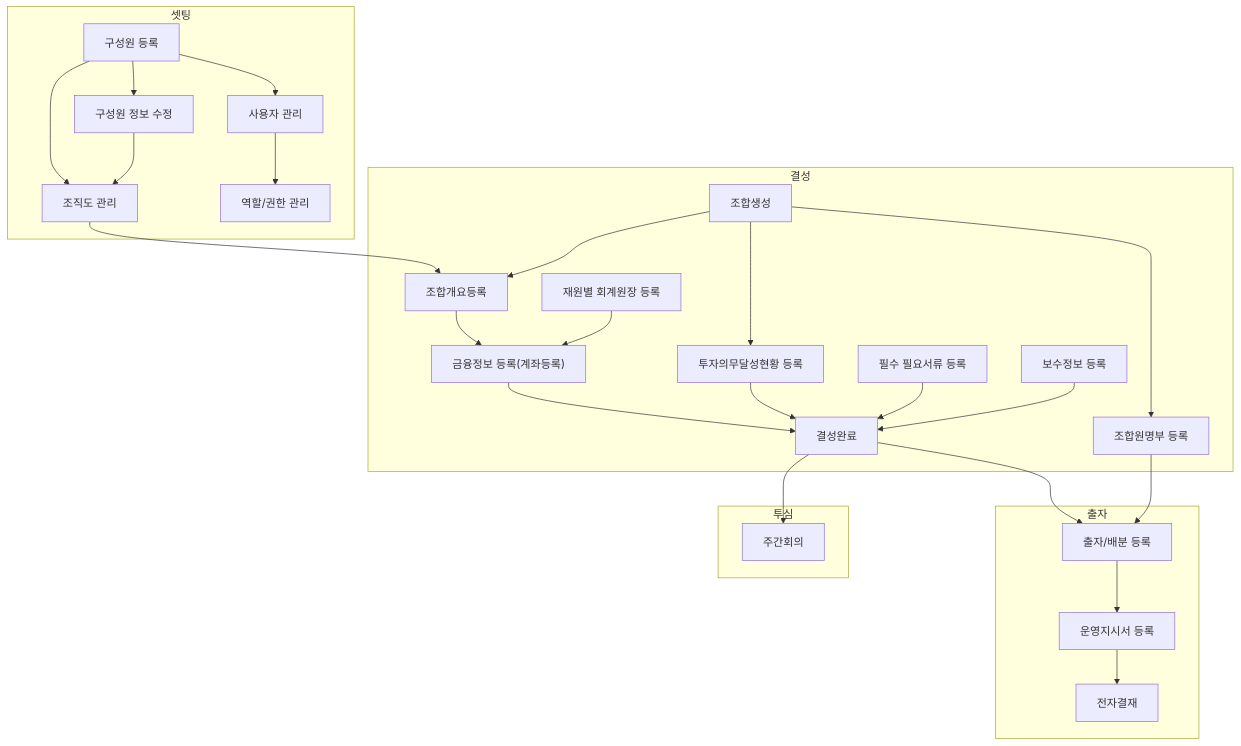
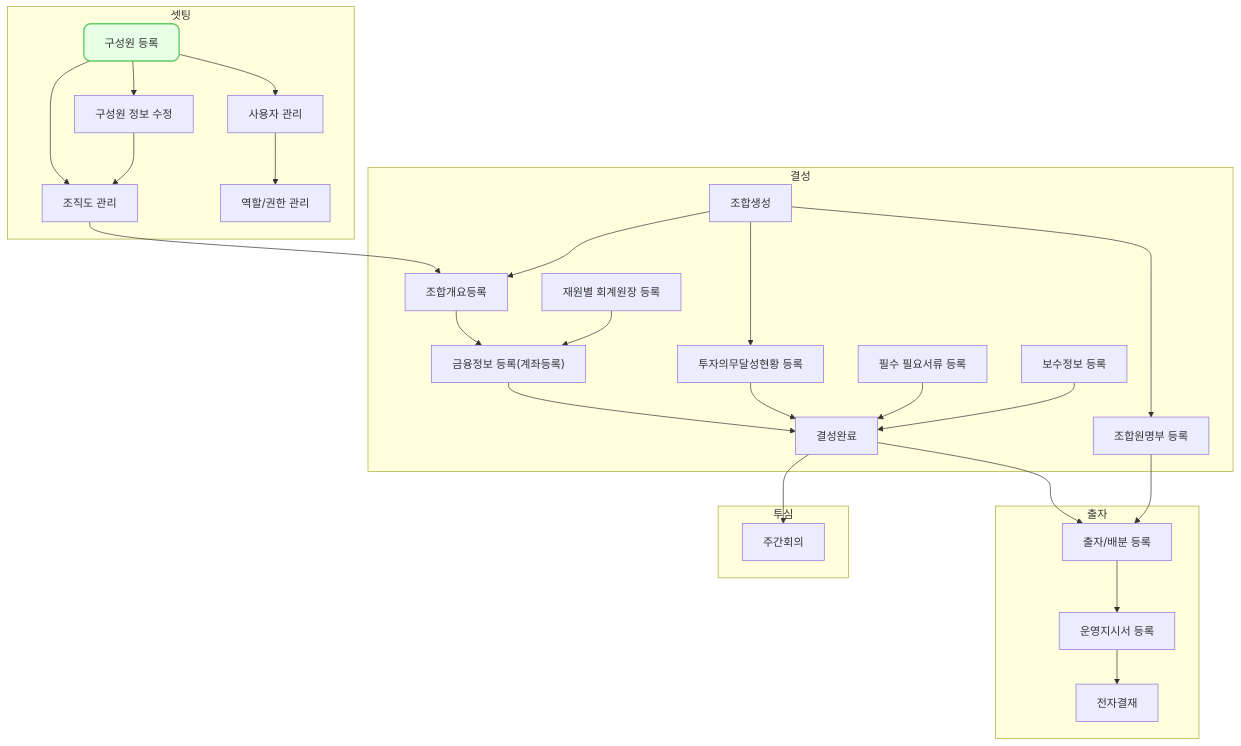
The diagram in _tabs/about.md (cotes2020/jekyll-theme-chirpy), drawn with Mermaid before and after one commit. The commit also changed 3 other files, not shown here.

````diff
--- a/_tabs/about.md
+++ b/_tabs/about.md
@@ -47,71 +47,77 @@
 ```mermaid
 flowchart TD
     subgraph 셋팅["셋팅"]
         hr0001["구성원 등록"]
         hr0002["구성원 정보 수정"]
         hr0007["조직도 관리"]
         se0005["사용자 관리"]
         se0003["역할/권한 관리"]
         hr0001 --> hr0002
         hr0001 --> hr0007
         hr0002 --> hr0007
         hr0001 --> se0005
         se0005 --> se0003
     end
 
     subgraph 결성["결성"]
         fd0001["조합생성"]
         fd0009["조합개요등록"]
         fd0010["투자의무달성현황 등록"]
         fd0011["조합원명부 등록"]
         fm0010["재원별 회계원장 등록"]
         fd0009a["금융정보 등록(계좌등록)"]
         fd0013["필수 필요서류 등록"]
         fd0012["보수정보 등록"]
         fd0000["결성완료"]
+
         hr0007 --> fd0009
         fd0001 --> fd0009
         fd0001 --> fd0010
         fd0001 --> fd0011 
         fd0009 --> fd0009a 
         fm0010 --> fd0009a
+
+
         fd0009a-->fd0000
         fd0010-->fd0000
         fd0013-->fd0000
         fd0012-->fd0000
     end
 
     subgraph 출자["출자"]
         fd0006["출자/배분 등록"]
-        oi0002["운영지시서 등록"]
+        io0002["운영지시서 등록"]
         ed0001["전자결재"]
+
         fd0000 --> fd0006
         fd0011 --> fd0006
-        fd0006 --> oi0002 --> ed0001
+        fd0006 --> io0002 --> ed0001
 
     end
 
     subgraph 투자심의["투심"]
         wr0003["주간회의"]
         fd0000 --> wr0003
 
     end
 
     %% 셋팅 --> 결성
     
 click hr0001 "{% post_url 2024-07-02-hr0001 %}" " "
 click hr0002 "{% post_url 2024-07-02-hr0002 %}" " "
 click hr0007 "{% post_url 2024-07-02-hr0007 %}" " "
 click se0005 "{% post_url 2024-07-02-se0005 %}" " "
 click se0003 "{% post_url 2024-07-03-se0003 %}" " "
 click fd0001 "{% post_url 2024-07-04-fd0001 %}" " "
 click fd0010 "{% post_url 2024-07-04-fd0010 %}" " "
 click fd0011 "{% post_url 2024-07-04-fd0011 %}" " "
 click fm0010 "{% post_url 2024-07-04-fm0010 %}" " "
 click fd0009a "{% post_url 2024-07-05-fd0009a %}" " "
 click fd0013 "{% post_url 2024-07-05-fd0013 %}" " "
 click fd0012 "{% post_url 2024-07-06-fd0012 %}" " "
 click fd0006 "{% post_url 2024-07-07-fd0006 %}" " "
 click oi0002 "{% post_url 2024-07-07-oi0002 %}" " "
 click ed0001 "{% post_url 2024-07-08-ed0001 %}" " "
+
+style hr0001 fill:#e6ffe6,stroke:#66cc66,stroke-width:2px,rx:10,ry:10
 ```
````
